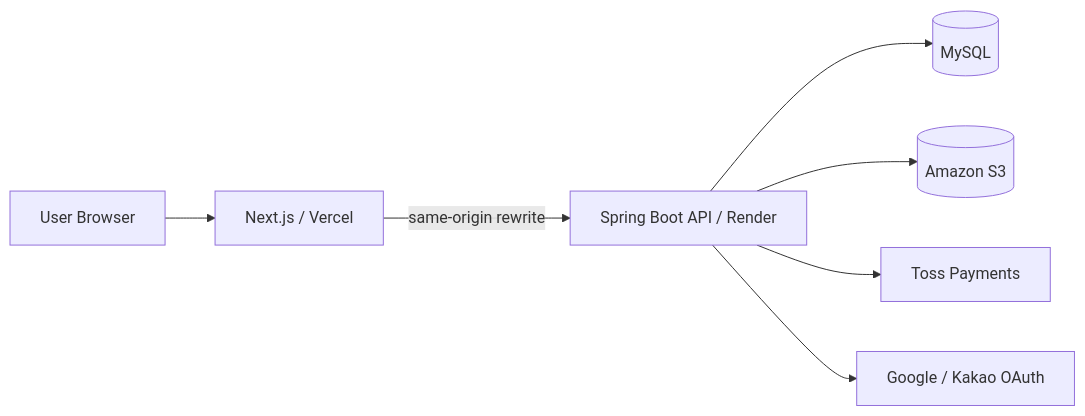
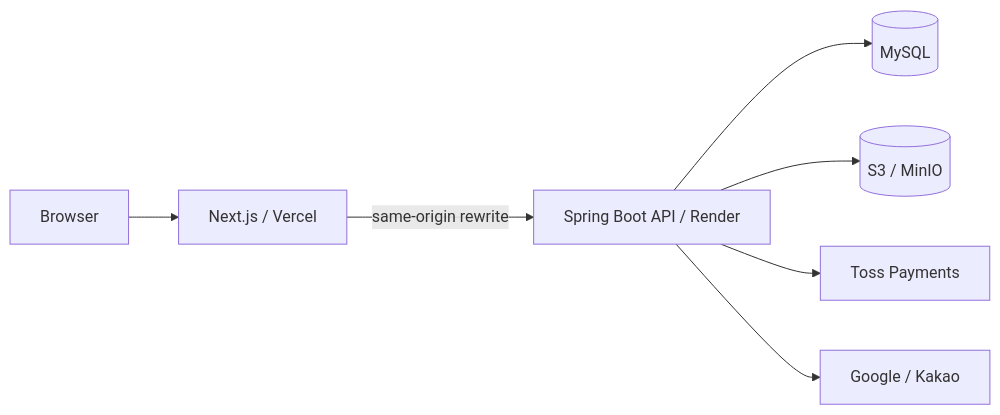
Before and after one commit to bys96/gift-market: the diagram in README.md, drawn with Mermaid. The commit also changed other lines of this file, not shown here.

````diff
--- a/README.md
+++ b/README.md
@@ -160,17 +136,17 @@
 ```mermaid
 flowchart LR
-    U[User Browser]
+    USER[Browser]
     FE[Next.js / Vercel]
     BE[Spring Boot API / Render]
     DB[(MySQL)]
-    S3[(Amazon S3)]
+    STORAGE[(S3 / MinIO)]
     TOSS[Toss Payments]
-    OAUTH[Google / Kakao OAuth]
+    OAUTH[Google / Kakao]
 
-    U --> FE
+    USER --> FE
     FE -->|same-origin rewrite| BE
     BE --> DB
-    BE --> S3
+    BE --> STORAGE
     BE --> TOSS
     BE --> OAUTH
 ```
````
